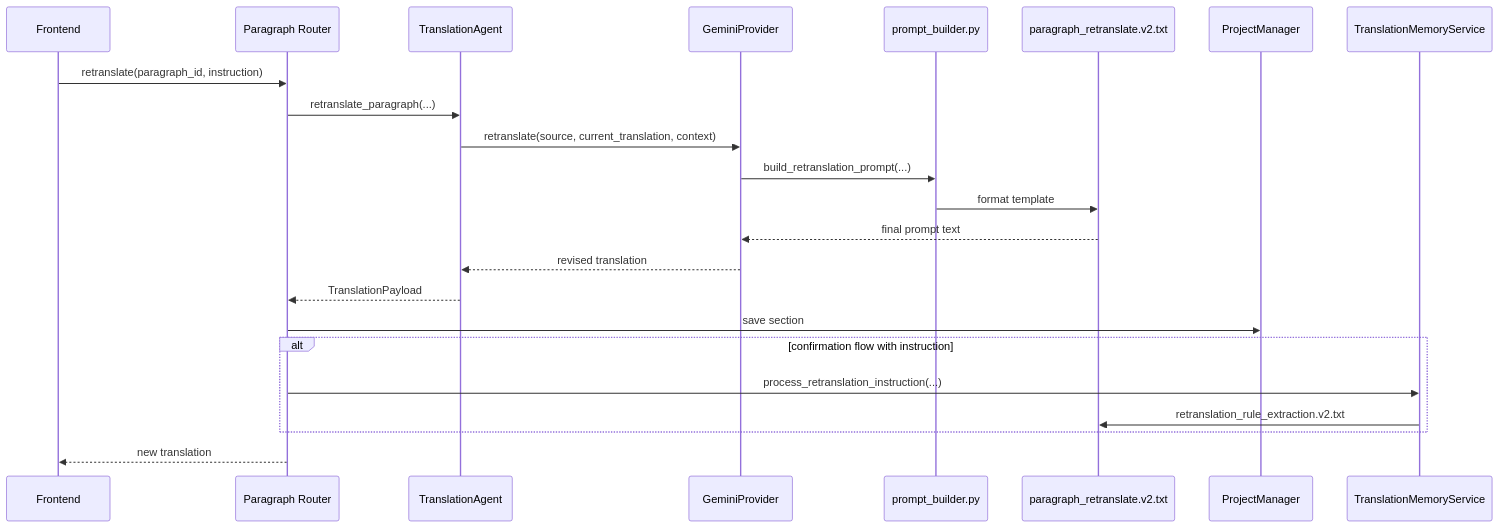
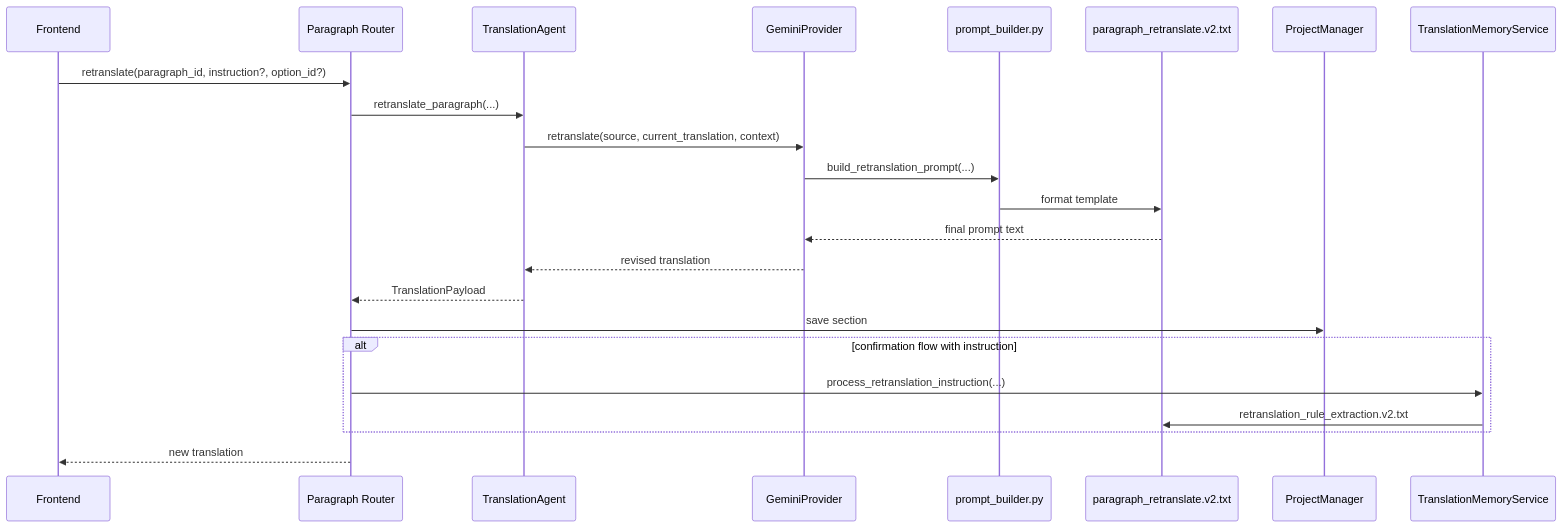
One commit to zzxxww01/translation-web changed the fifth of 11 diagrams in docs/长文翻译链路.md. Above: the diagram before and after it, drawn with Mermaid. The commit also changed other lines of this file and 21 other files, not shown here.

````diff
--- a/docs/长文翻译链路.md
+++ b/docs/长文翻译链路.md
@@ -244,26 +244,26 @@
 ```mermaid
 sequenceDiagram
     participant UI as Frontend
     participant Router as Paragraph Router
     participant Agent as TranslationAgent
     participant LLM as GeminiProvider
     participant Builder as prompt_builder.py
     participant Prompt as paragraph_retranslate.v2.txt
     participant PM as ProjectManager
     participant Memory as TranslationMemoryService
 
-    UI->>Router: retranslate(paragraph_id, instruction)
+    UI->>Router: retranslate(paragraph_id, instruction?, option_id?)
     Router->>Agent: retranslate_paragraph(...)
     Agent->>LLM: retranslate(source, current_translation, context)
     LLM->>Builder: build_retranslation_prompt(...)
     Builder->>Prompt: format template
     Prompt-->>LLM: final prompt text
     LLM-->>Agent: revised translation
     Agent-->>Router: TranslationPayload
     Router->>PM: save section
     alt confirmation flow with instruction
         Router->>Memory: process_retranslation_instruction(...)
         Memory->>Prompt: retranslation_rule_extraction.v2.txt
     end
     Router-->>UI: new translation
 ```
````
